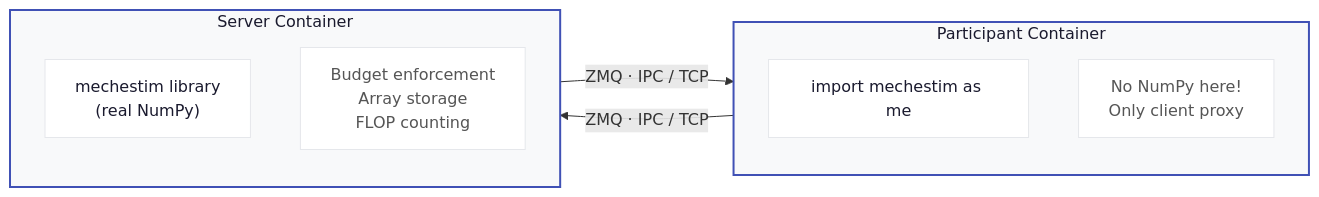
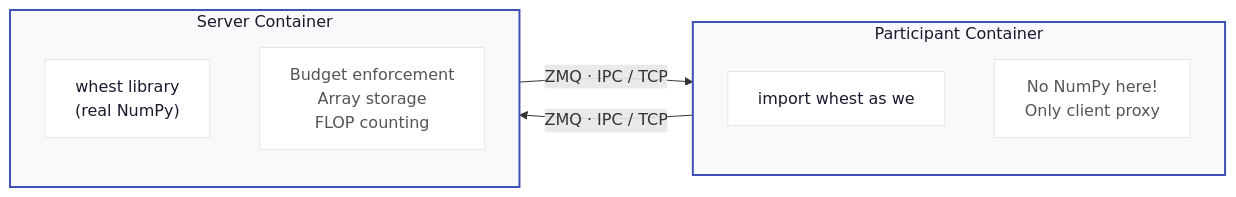
Before and after one commit to AIcrowd/whest: the diagram in docs/architecture/client-server.md, drawn with Mermaid. The commit also changed other lines of this file and 44 other files, not shown here.

Commit message:
refactor: rename mechestim to whest in docs, README, and mkdocs config

````diff
--- a/docs/architecture/client-server.md
+++ b/docs/architecture/client-server.md
@@ -13,24 +13,24 @@
 ```mermaid
 graph LR
   subgraph participant ["Participant Container"]
     direction TB
-    p1["import mechestim as me"]
+    p1["import whest as we"]
     p2["No NumPy here!<br/>Only client proxy"]
   end
 
   subgraph server ["Server Container"]
     direction TB
-    s1["mechestim library<br/>(real NumPy)"]
+    s1["whest library<br/>(real NumPy)"]
     s2["Budget enforcement<br/>Array storage<br/>FLOP counting"]
   end
 
   participant -- "ZMQ · IPC / TCP" --> server
   server -- "ZMQ · IPC / TCP" --> participant
 
   style participant fill:#f8f9fa,stroke:#4051b5,stroke-width:2px,color:#1a1a2e
   style server fill:#f8f9fa,stroke:#4051b5,stroke-width:2px,color:#1a1a2e
   style p1 fill:#fff,stroke:#e5e7eb,color:#1a1a2e
   style p2 fill:#fff,stroke:#e5e7eb,color:#555
   style s1 fill:#fff,stroke:#e5e7eb,color:#1a1a2e
   style s2 fill:#fff,stroke:#e5e7eb,color:#555
 ```
````
